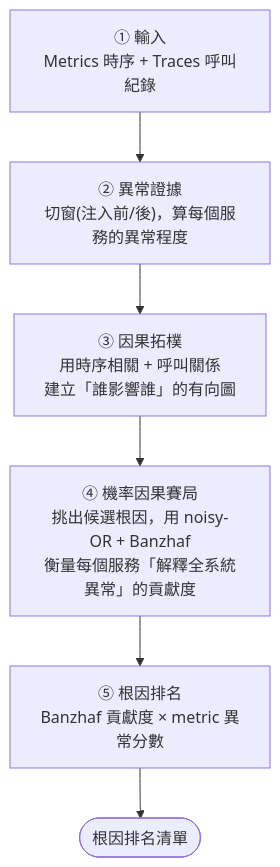
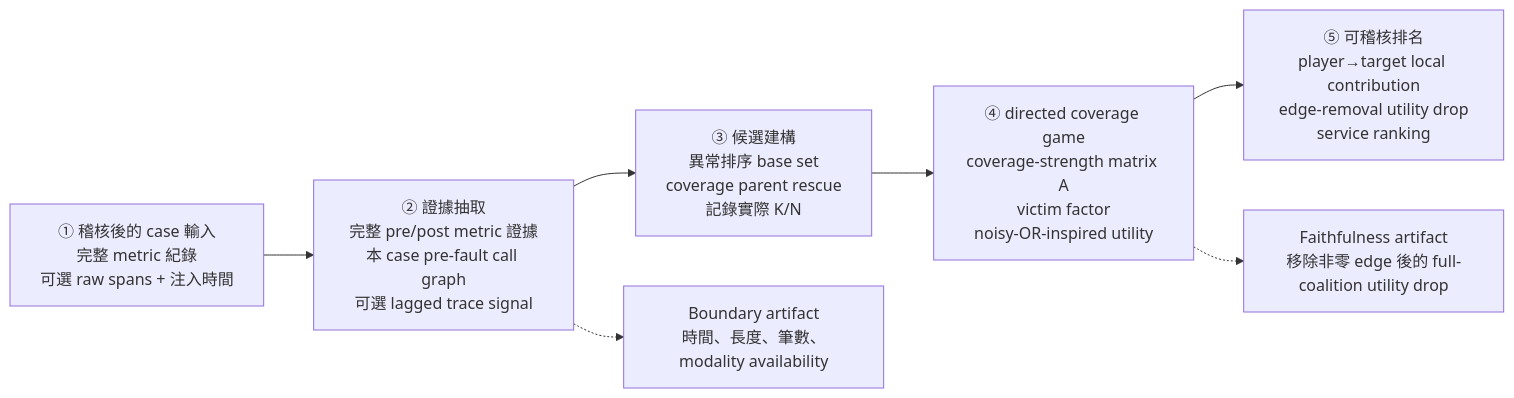
One commit to mizulun/RCAEeval changed the diagram in docs/figures/merit-flow.md. Above: the diagram before and after it, drawn with Mermaid. The commit also changed other lines of this file and 10 other files, not shown here.

First line of the commit message:
論文相關檔案：LaTeX 原稿、圖片與實驗數據表

````diff
--- a/docs/figures/merit-flow.md
+++ b/docs/figures/merit-flow.md
@@ -5,16 +6,14 @@
 ```mermaid
-flowchart TD
-    IN["① 輸入<br/>Metrics 時序 + Traces 呼叫紀錄"]
+flowchart LR
+    IN["① 稽核後的 case 輸入<br/>完整 metric 紀錄<br/>可選 raw spans + 注入時間"]
+    EV["② 證據抽取<br/>完整 pre/post metric 證據<br/>本 case pre-fault call graph<br/>可選 lagged trace signal"]
+    CAN["③ 候選建構<br/>異常排序 base set<br/>coverage parent rescue<br/>記錄實際 K/N"]
+    GAME["④ directed coverage game<br/>coverage-strength matrix A<br/>victim factor<br/>noisy-OR-inspired utility"]
+    OUT["⑤ 可稽核排名<br/>player→target local contribution<br/>edge-removal utility drop<br/>service ranking"]
+    BOUND["Boundary artifact<br/>時間、長度、筆數、modality availability"]
+    FAITH["Faithfulness artifact<br/>移除非零 edge 後的 full-coalition utility drop"]
 
-    EV["② 異常證據<br/>切窗(注入前/後)，算每個服務的異常程度"]
-
-    TOPO["③ 因果拓樸<br/>用時序相關 + 呼叫關係<br/>建立「誰影響誰」的有向圖"]
-
-    GAME["④ 機率因果賽局<br/>挑出候選根因，用 noisy-OR + Banzhaf<br/>衡量每個服務「解釋全系統異常」的貢獻度"]
-
-    RANK["⑤ 根因排名<br/>Banzhaf 貢獻度 × metric 異常分數"]
-
-    OUT(["根因排名清單"])
-
-    IN --> EV --> TOPO --> GAME --> RANK --> OUT
+    IN --> EV --> CAN --> GAME --> OUT
+    EV -.-> BOUND
+    GAME -.-> FAITH
 ```
````
